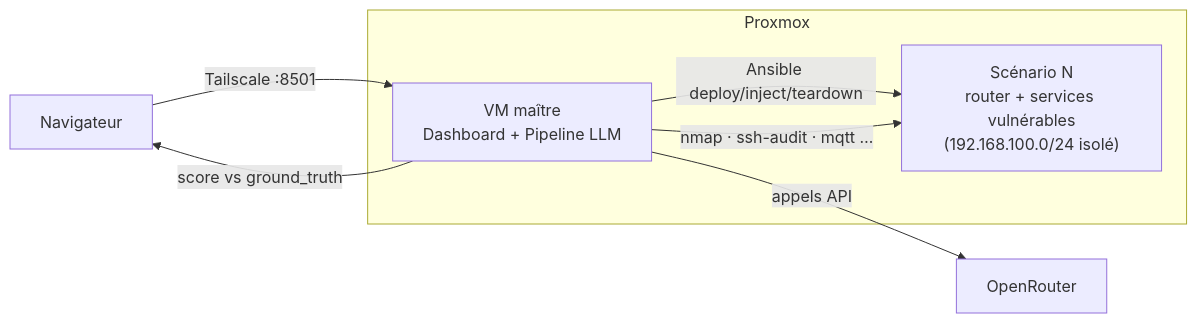
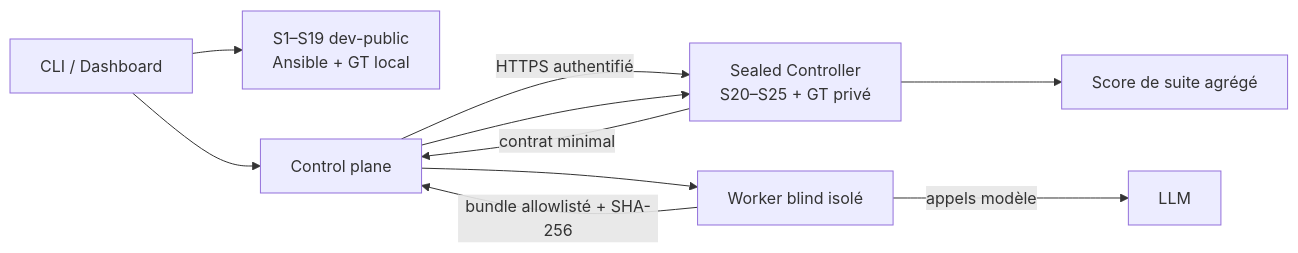
One commit to Tanguyvans/LANCE changed the diagram in benchmarks/README.md. Above: the diagram before and after it, drawn with Mermaid. The commit also changed other lines of this file and 84 other files, not shown here.

````diff
--- a/benchmarks/README.md
+++ b/benchmarks/README.md
@@ -7,15 +12,20 @@
 ```mermaid
 flowchart LR
-    USER[Navigateur]
-    subgraph PROX["Proxmox"]
-        MASTER["VM maître<br/>Dashboard + Pipeline LLM"]
-        SCN["Scénario N<br/>router + services vulnérables<br/>(192.168.100.0/24 isolé)"]
-    end
-    LLM[OpenRouter]
+    USER["CLI / Dashboard"]
+    PUBLIC["S1–S19 dev-public<br/>Ansible + GT local"]
+    CONTROL["Control plane"]
+    SEALED["Sealed Controller<br/>S20–S25 + GT privé"]
+    WORKER["Worker blind isolé"]
+    SCORE["Score de suite agrégé"]
+    LLM["LLM"]
 
-    USER -->|Tailscale :8501| MASTER
-    MASTER -->|Ansible deploy/inject/teardown| SCN
-    MASTER -->|nmap · ssh-audit · mqtt …| SCN
-    MASTER -->|appels API| LLM
-    MASTER -->|score vs ground_truth| USER
+    USER --> PUBLIC
+    USER --> CONTROL
+    CONTROL -->|HTTPS authentifié| SEALED
+    SEALED -->|contrat minimal| CONTROL
+    CONTROL --> WORKER
+    WORKER -->|appels modèle| LLM
+    WORKER -->|bundle allowlisté + SHA-256| CONTROL
+    CONTROL --> SEALED
+    SEALED --> SCORE
 ```
````
